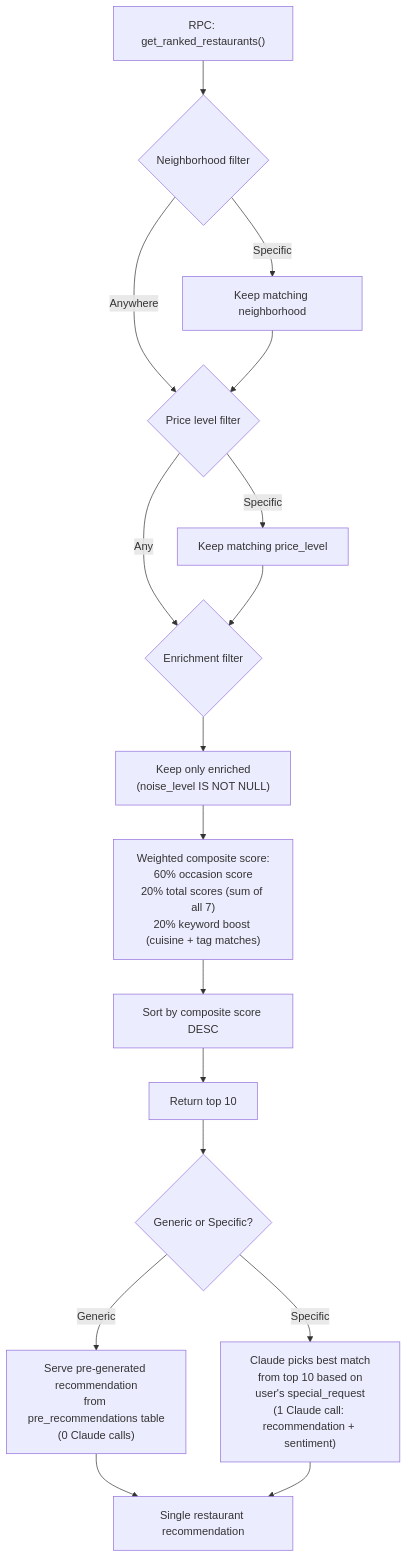
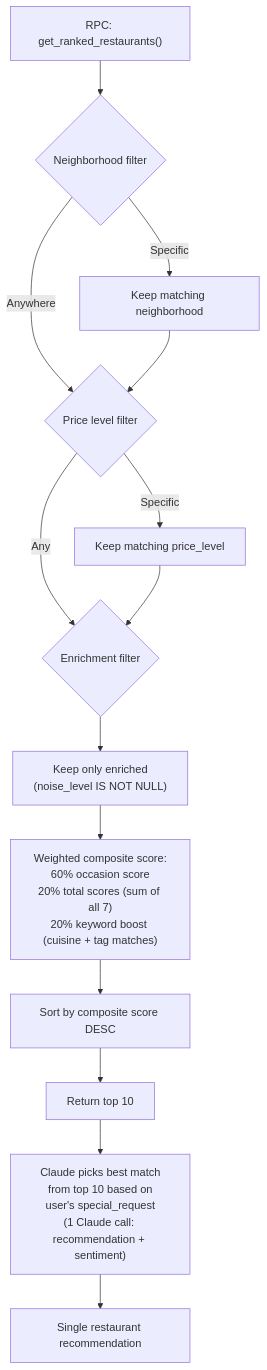
The seventh of 9 diagrams in docs/system-architecture.md (aacrit/dondeBackend), drawn with Mermaid before and after one commit. The commit also changed other lines of this file and 8 other files, not shown here.

First line of the commit message:
Remove pre-recommendations pipeline — all requests now use live Claude

````diff
--- a/docs/system-architecture.md
+++ b/docs/system-architecture.md
@@ -352,19 +278,16 @@
 ```mermaid
 flowchart TD
     ALL["RPC: get_ranked_restaurants()"] --> F1{Neighborhood filter}
     F1 -->|"Anywhere"| F2
     F1 -->|"Specific"| FILT1[Keep matching neighborhood] --> F2
     F2{Price level filter}
     F2 -->|"Any"| F3
     F2 -->|"Specific"| FILT2[Keep matching price_level] --> F3
     F3{Enrichment filter}
     F3 --> FILT3["Keep only enriched<br/>(noise_level IS NOT NULL)"]
     FILT3 --> COMPOSITE["Weighted composite score:<br/>60% occasion score<br/>20% total scores (sum of all 7)<br/>20% keyword boost (cuisine + tag matches)"]
     COMPOSITE --> SORT["Sort by composite score DESC"]
     SORT --> TOP10[Return top 10]
-    TOP10 --> ROUTE{Generic or Specific?}
-    ROUTE -->|Generic| PREGEN["Serve pre-generated recommendation<br/>from pre_recommendations table<br/>(0 Claude calls)"]
-    ROUTE -->|Specific| CLAUDE_PICK["Claude picks best match<br/>from top 10 based on<br/>user's special_request<br/>(1 Claude call: recommendation + sentiment)"]
-    PREGEN --> WINNER[Single restaurant recommendation]
-    CLAUDE_PICK --> WINNER
+    TOP10 --> CLAUDE_PICK["Claude picks best match<br/>from top 10 based on<br/>user's special_request<br/>(1 Claude call: recommendation + sentiment)"]
+    CLAUDE_PICK --> WINNER[Single restaurant recommendation]
 ```
````
